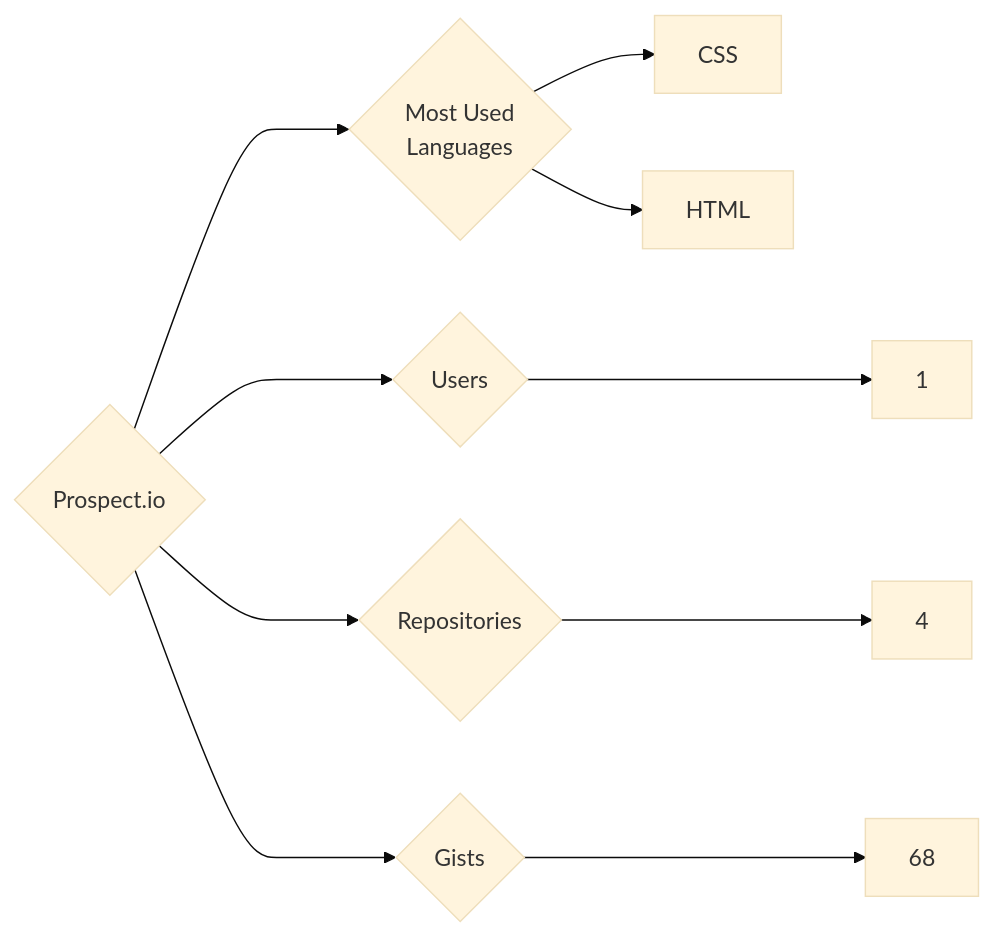
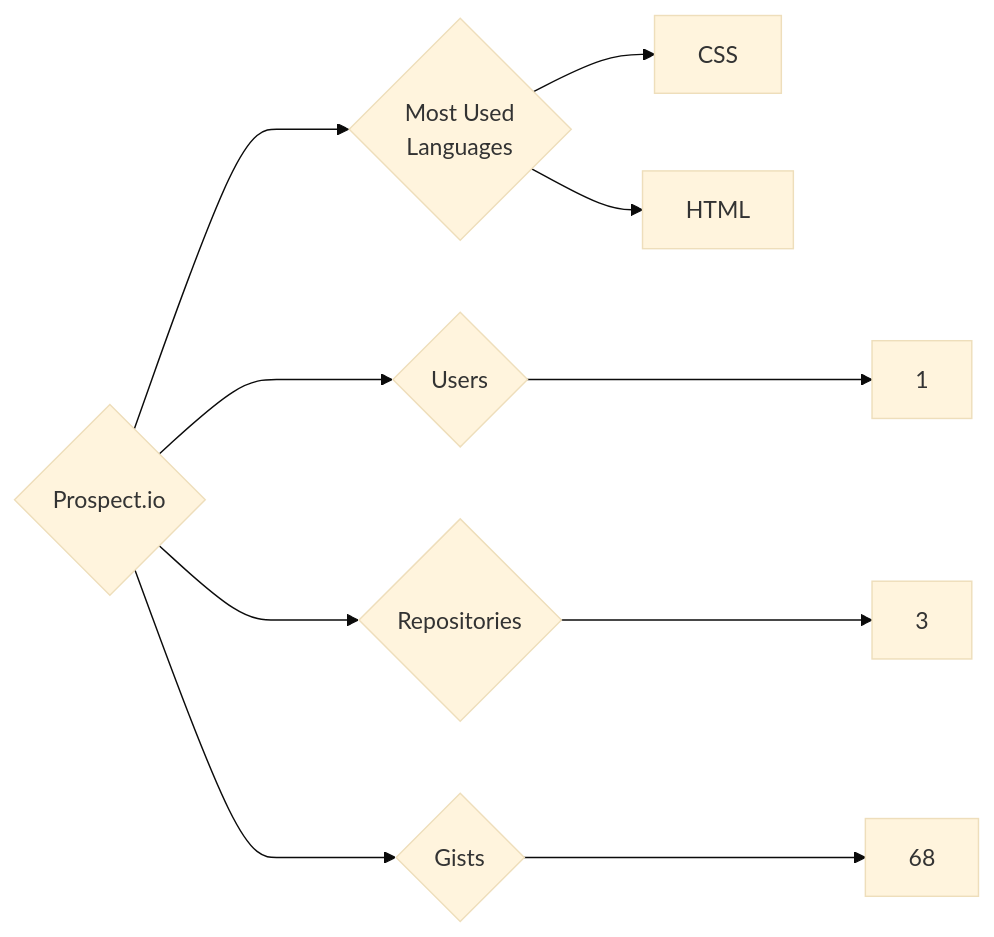
Before and after one commit to trickest/insiders: the diagram in targets/Prospect.io/README.md, drawn with Mermaid (base theme). The commit also changed 851 other files, not shown here.

````diff
--- a/targets/Prospect.io/README.md
+++ b/targets/Prospect.io/README.md
@@ -3,10 +3,10 @@
 ```mermaid
 graph LR
 COMPANY_NAME{Prospect.io}
 COMPANY_NAME ---> U{Users} ---> UN[1]
-COMPANY_NAME ---> R{Repositories} ---> RN[4]
+COMPANY_NAME ---> R{Repositories} ---> RN[3]
 COMPANY_NAME ---> G{Gists} ---> GN[68]
 COMPANY_NAME ---> ML{Most Used<br>Languages}
 ML --> CSS[CSS]
 ML --> HTML[HTML]
 ```
````
